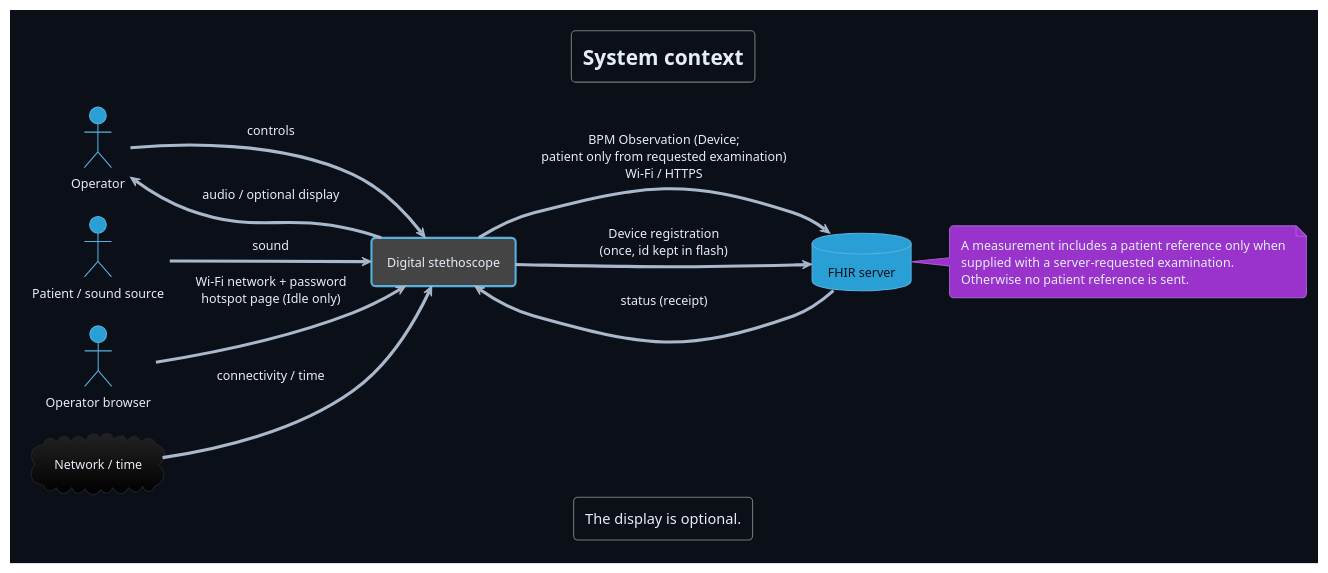
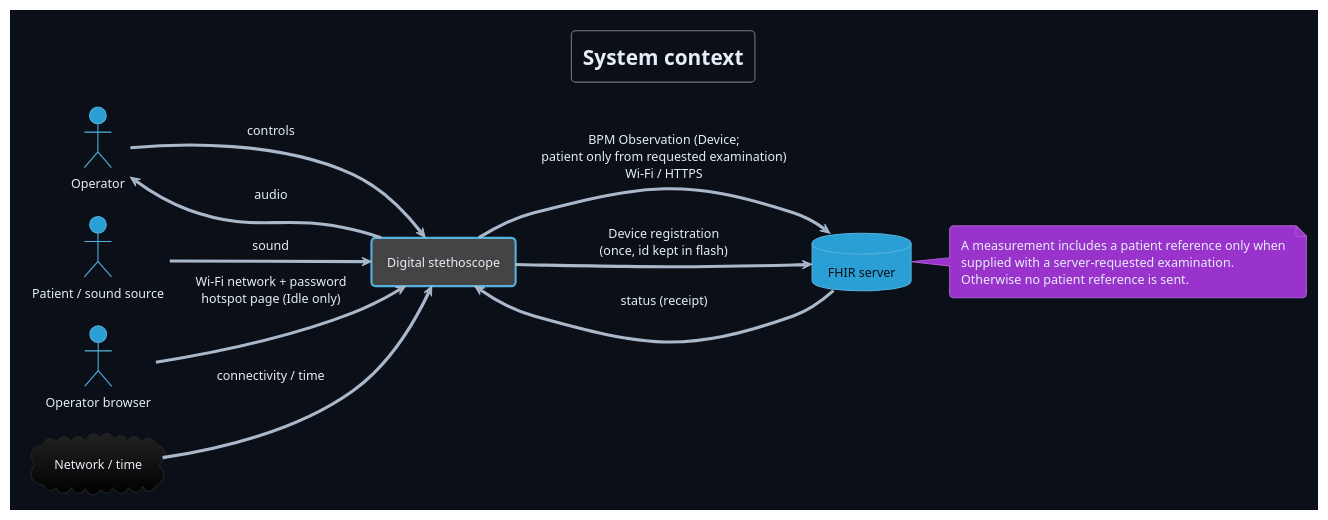
Before and after one commit to DemonicPsychoII/DigitalStethoscope: the diagram in Development/system/architecture/system/puml/system-context.puml, drawn with PlantUML. The commit also changed 24 other files, not shown here.

First line of the commit message:
documentation: remove the functions outside the product from the architecture views

```diff
--- a/Development/system/architecture/system/puml/system-context.puml
+++ b/Development/system/architecture/system/puml/system-context.puml
@@ -1,47 +1,44 @@
 @startuml system_context
 !theme cyborg
 !pragma layout smetana
 skinparam shadowing false
 skinparam backgroundColor #0b1018
 skinparam defaultFontColor #e6edf7
 skinparam ArrowColor #a9b8ca
 skinparam database {
  FontColor #0b1018
 }
 skinparam component {
  BackgroundColor<<optional>> #273241
  BorderColor<<optional>> #61738a
  FontColor<<optional>> #b8c4d4
 }
 skinparam artifact {
  BackgroundColor<<optional>> #273241
  BorderColor<<optional>> #61738a
  FontColor<<optional>> #b8c4d4
 }
 skinparam componentStyle rectangle
 skinparam defaultFontName SansSerif
 title System context
 left to right direction
 actor "Operator" as operator
 actor "Patient / sound source" as source
 actor "Operator browser" as phone
 rectangle "Digital stethoscope" as device
 database "FHIR server" as fhir
 cloud "Network / time" as net
 source --> device : sound
 operator --> device : controls
-device --> operator : audio / optional display
+device --> operator : audio
 device --> fhir : BPM Observation (Device;\npatient only from requested examination)\nWi-Fi / HTTPS
 fhir --> device : status (receipt)
 net --> device : connectivity / time
 phone --> device : Wi-Fi network + password\nhotspot page (Idle only)
 device --> fhir : Device registration\n(once, id kept in flash)
-legend bottom
-  The display is optional.
-endlegend
 note right of fhir
 A measurement includes a patient reference only when
 supplied with a server-requested examination.
 Otherwise no patient reference is sent.
 end note
 @enduml
```
